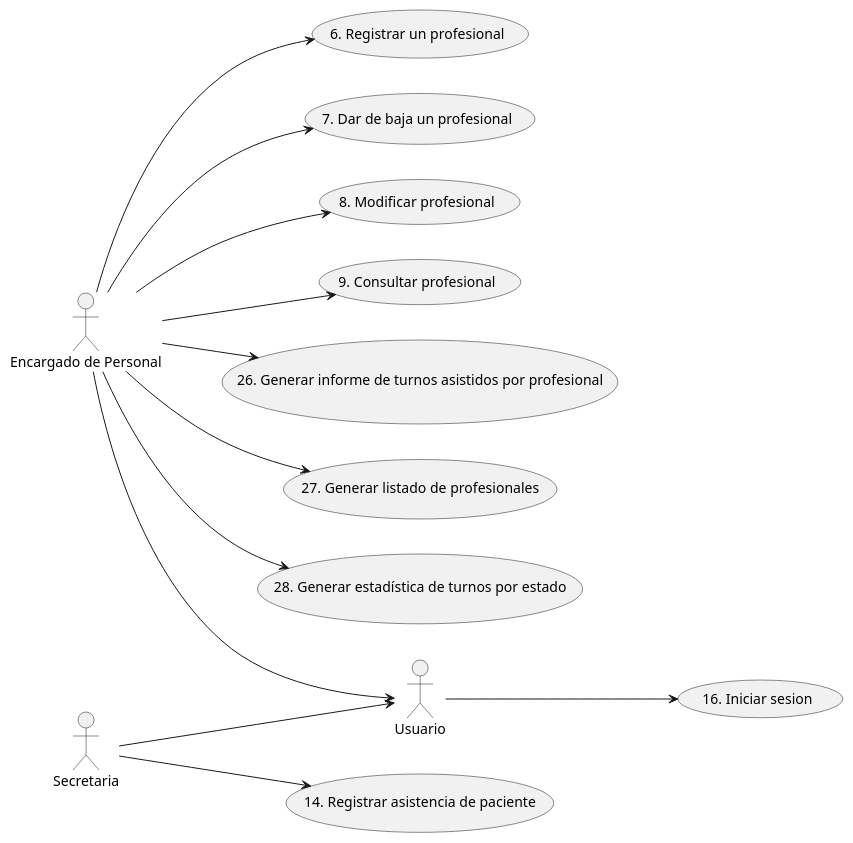
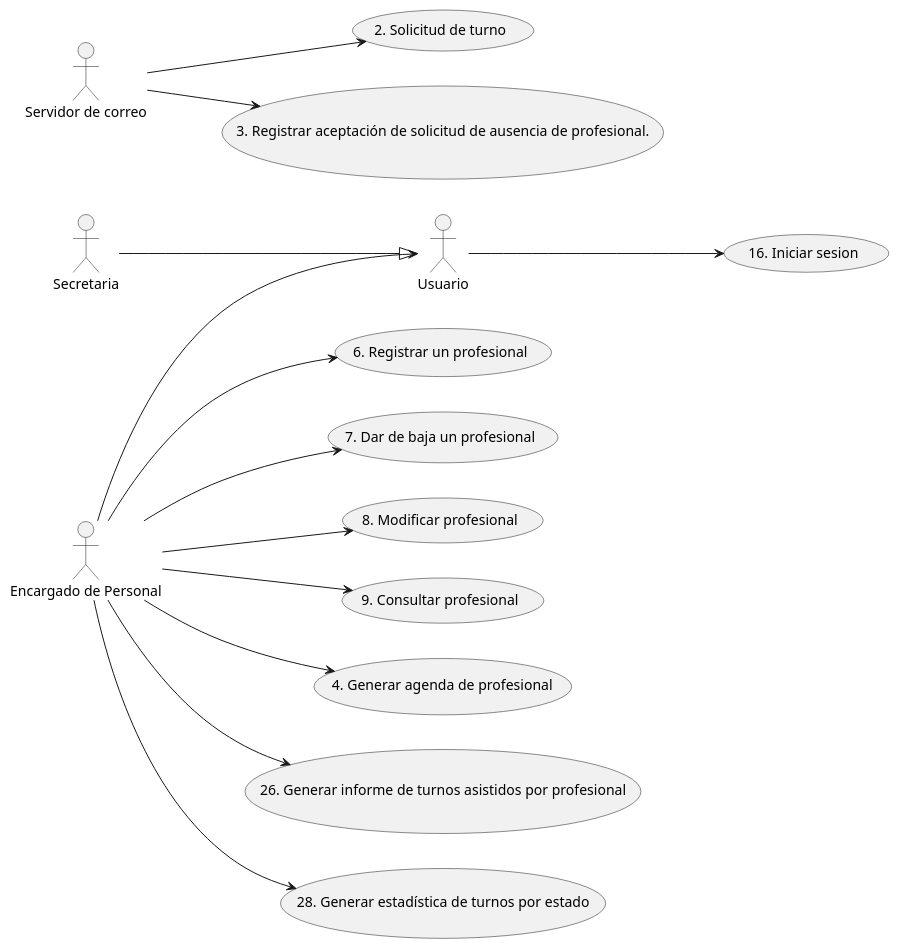
The diagram in 01_consultorio_salud_mental/03_dcu_transRepresentativa.plantuml (CeciliaRava1/disenio_2026), drawn with PlantUML before and after one commit. The commit also changed 1 other file, not shown here.

```diff
--- a/01_consultorio_salud_mental/03_dcu_transRepresentativa.plantuml
+++ b/01_consultorio_salud_mental/03_dcu_transRepresentativa.plantuml
@@ -1,33 +1,36 @@
 @startuml usecaseDiagram
 left to right direction
+skinparam style strictuml
 
 actor "Encargado de Personal" as EP
 actor "Usuario" as US
 actor "Secretaria" as SE
+actor "Servidor de correo" as SC
 
 
 usecase "6. Registrar un profesional" as U6
 usecase "7. Dar de baja un profesional" as U7
 usecase "8. Modificar profesional" as U8
 usecase "9. Consultar profesional" as U9
+usecase "4. Generar agenda de profesional" as U4
+usecase "2. Solicitud de turno" as U2
 usecase "26. Generar informe de turnos asistidos por profesional" as U26
-usecase "27. Generar listado de profesionales" as U27
 usecase "28. Generar estadística de turnos por estado" as U28
 usecase "16. Iniciar sesion" as U16
-usecase "14. Registrar asistencia de paciente" as U14
-
-
+usecase "3. Registrar aceptación de solicitud de ausencia de profesional." as U3
 
 EP --> U6
 EP --> U7
 EP --> U8
 EP --> U9
+EP --> U4
 EP --> U26
-EP --> U27
 EP --> U28
 
 EP--> US
 US --> U16
-SE --> U14
-SE --> US
+SE --|> US
+SC --> U3
+
+SC --> U2
 @enduml
```
